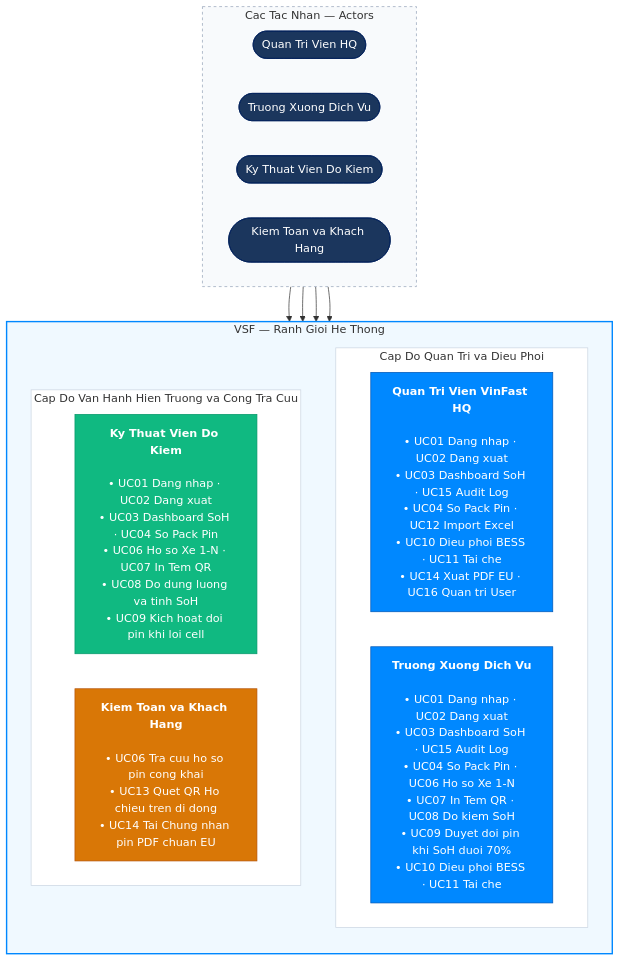
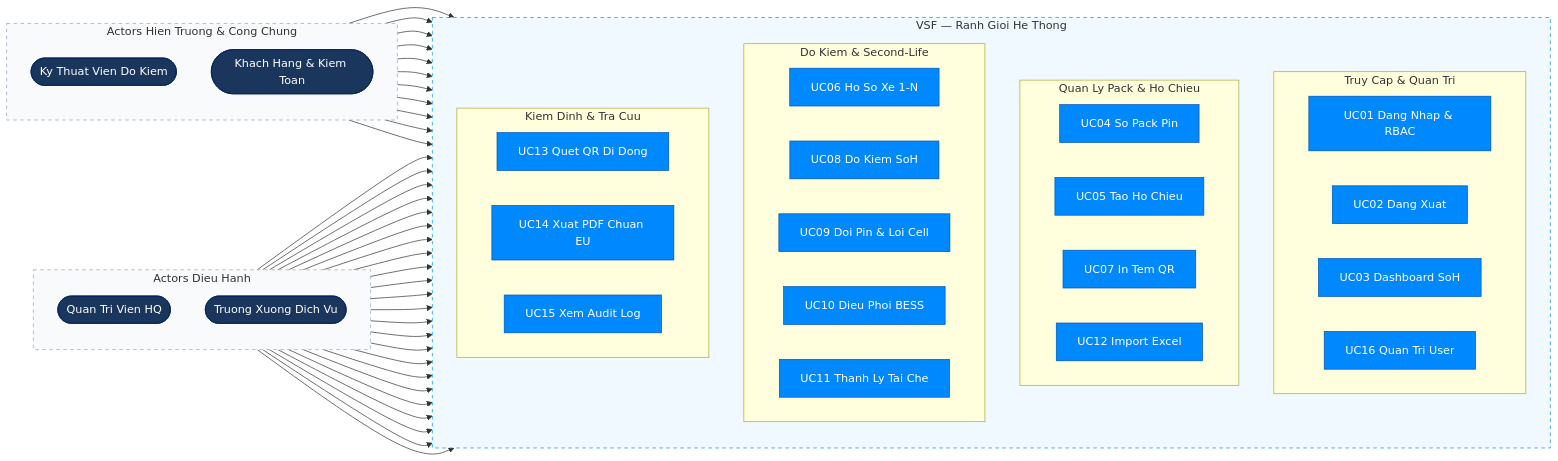
One commit to nhatgudboi/VinFast-Battery-Passport-Second-Life-Platform changed the first of 6 diagrams in README.md. Above: the diagram before and after it, drawn with Mermaid. The commit also changed 1 other file, not shown here.

Commit message:
fix(use-case): redesign use case diagram with individual nodes to prevent text clipping

````diff
--- a/README.md
+++ b/README.md
@@ -59,42 +59,59 @@
 ```mermaid
-flowchart TB
-    subgraph roles["Cac Tac Nhan — Actors"]
-        direction LR
+flowchart LR
+    subgraph left["Actors Dieu Hanh"]
+        direction TB
         admin(["Quan Tri Vien HQ"])
         lead(["Truong Xuong Dich Vu"])
-        tech(["Ky Thuat Vien Do Kiem"])
-        viewer(["Kiem Toan va Khach Hang"])
     end
 
     subgraph system["VSF — Ranh Gioi He Thong"]
         direction TB
-        subgraph row1["Cap Do Quan Tri va Dieu Phoi"]
+        subgraph sec1["Truy Cap & Quan Tri"]
             direction LR
-            adminBox["<b>Quan Tri Vien VinFast HQ</b><br/><br/>• UC01 Dang nhap · UC02 Dang xuat<br/>• UC03 Dashboard SoH · UC15 Audit Log<br/>• UC04 So Pack Pin · UC12 Import Excel<br/>• UC10 Dieu phoi BESS · UC11 Tai che<br/>• UC14 Xuat PDF EU · UC16 Quan tri User"]
-            leadBox["<b>Truong Xuong Dich Vu</b><br/><br/>• UC01 Dang nhap · UC02 Dang xuat<br/>• UC03 Dashboard SoH · UC15 Audit Log<br/>• UC04 So Pack Pin · UC06 Ho so Xe 1-N<br/>• UC07 In Tem QR · UC08 Do kiem SoH<br/>• UC09 Duyet doi pin khi SoH duoi 70%<br/>• UC10 Dieu phoi BESS · UC11 Tai che"]
+            uc01["UC01 Dang Nhap & RBAC"]
+            uc02["UC02 Dang Xuat"]
+            uc03["UC03 Dashboard SoH"]
+            uc16["UC16 Quan Tri User"]
         end
-        subgraph row2["Cap Do Van Hanh Hien Truong va Cong Tra Cuu"]
+        subgraph sec2["Quan Ly Pack & Ho Chieu"]
             direction LR
-            techBox["<b>Ky Thuat Vien Do Kiem</b><br/><br/>• UC01 Dang nhap · UC02 Dang xuat<br/>• UC03 Dashboard SoH · UC04 So Pack Pin<br/>• UC06 Ho so Xe 1-N · UC07 In Tem QR<br/>• UC08 Do dung luong va tinh SoH<br/>• UC09 Kich hoat doi pin khi loi cell"]
-            viewerBox["<b>Kiem Toan va Khach Hang</b><br/><br/>• UC06 Tra cuu ho so pin cong khai<br/>• UC13 Quet QR Ho chieu tren di dong<br/>• UC14 Tai Chung nhan pin PDF chuan EU"]
+            uc04["UC04 So Pack Pin"]
+            uc05["UC05 Tao Ho Chieu"]
+            uc07["UC07 In Tem QR"]
+            uc12["UC12 Import Excel"]
+        end
+        subgraph sec3["Do Kiem & Second-Life"]
+            direction LR
+            uc06["UC06 Ho So Xe 1-N"]
+            uc08["UC08 Do Kiem SoH"]
+            uc09["UC09 Doi Pin & Loi Cell"]
+            uc10["UC10 Dieu Phoi BESS"]
+            uc11["UC11 Thanh Ly Tai Che"]
+        end
+        subgraph sec4["Kiem Dinh & Tra Cuu"]
+            direction LR
+            uc13["UC13 Quet QR Di Dong"]
+            uc14["UC14 Xuat PDF Chuan EU"]
+            uc15["UC15 Xem Audit Log"]
         end
     end
 
-    admin --> adminBox
-    lead --> leadBox
-    tech --> techBox
-    viewer --> viewerBox
+    subgraph right["Actors Hien Truong & Cong Chung"]
+        direction TB
+        tech(["Ky Thuat Vien Do Kiem"])
+        viewer(["Khach Hang & Kiem Toan"])
+    end
+
+    admin --> uc01 & uc02 & uc03 & uc04 & uc05 & uc10 & uc11 & uc12 & uc14 & uc15 & uc16
+    lead --> uc01 & uc02 & uc03 & uc04 & uc06 & uc07 & uc08 & uc09 & uc10 & uc11 & uc14 & uc15
+    tech --> uc01 & uc02 & uc03 & uc04 & uc06 & uc07 & uc08 & uc09
+    viewer --> uc06 & uc13 & uc14
 
     classDef actor fill:#1b365d,color:#fff,stroke:#00205b
-    classDef primary fill:#0088ff,color:#fff,stroke:#0055b3
-    classDef standard fill:#10b981,color:#fff,stroke:#059669
-    classDef publicStyle fill:#d97706,color:#fff,stroke:#b45309
+    classDef usecase fill:#0088ff,color:#fff,stroke:#0055b3
     class admin,lead,tech,viewer actor
-    class adminBox,leadBox primary
-    class techBox standard
-    class viewerBox publicStyle
-    style roles fill:#f8fafc,stroke:#94a3b8,stroke-dasharray: 4 4
-    style system fill:#f0f9ff,stroke:#0088ff,stroke-width:2px
-    style row1 fill:#ffffff,stroke:#cbd5e1,stroke-width:1px
-    style row2 fill:#ffffff,stroke:#cbd5e1,stroke-width:1px
+    class uc01,uc02,uc03,uc04,uc05,uc06,uc07,uc08,uc09,uc10,uc11,uc12,uc13,uc14,uc15,uc16 usecase
+    style left fill:#f8fafc,stroke:#94a3b8,stroke-dasharray:5 5
+    style right fill:#f8fafc,stroke:#94a3b8,stroke-dasharray:5 5
+    style system fill:#f0f9ff,stroke:#0088ff,stroke-dasharray:5 5
 ```
````
